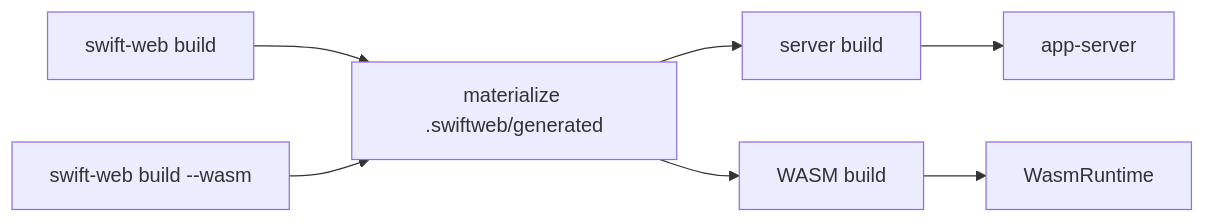
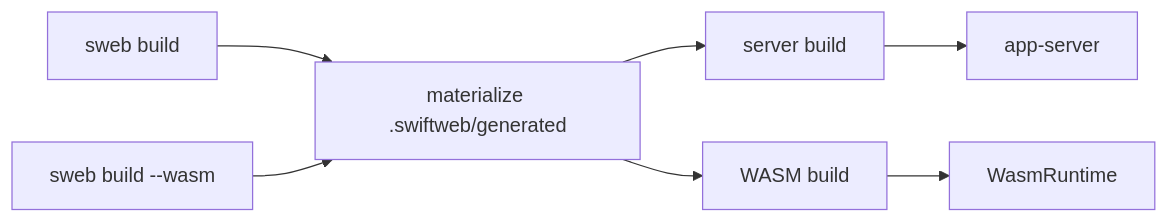
Before and after one commit to 1amageek/swift-web: the sixth of 9 diagrams in Sources/SwiftWebCLI/README.md, drawn with Mermaid. The commit also changed other lines of this file and 24 other files, not shown here.

````diff
--- a/Sources/SwiftWebCLI/README.md
+++ b/Sources/SwiftWebCLI/README.md
@@ -108,9 +129,9 @@
 ```mermaid
 flowchart LR
-  A["swift-web build"] --> B["materialize .swiftweb/generated"]
+  A["sweb build"] --> B["materialize .swiftweb/generated"]
   B --> C["server build"]
-  A2["swift-web build --wasm"] --> B
+  A2["sweb build --wasm"] --> B
   B --> D["WASM build"]
   C --> E["app-server"]
   D --> F["<AppName>WasmRuntime"]
 ```
````
